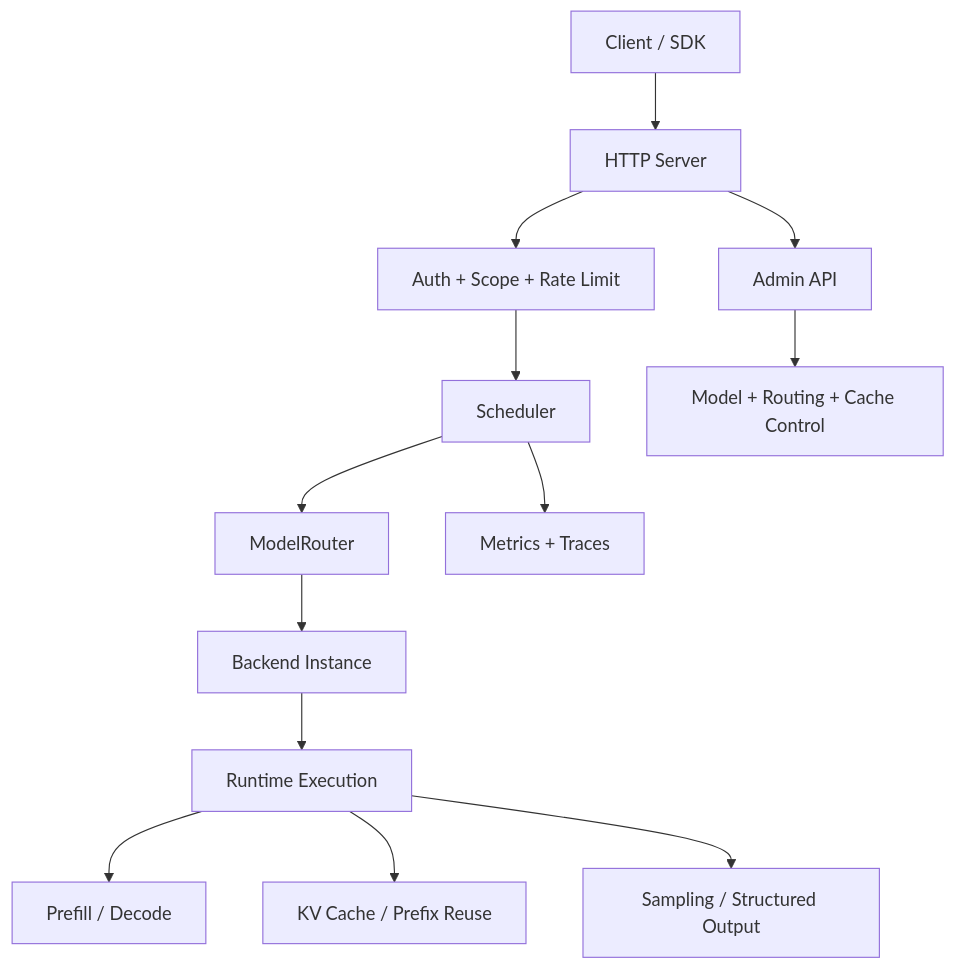
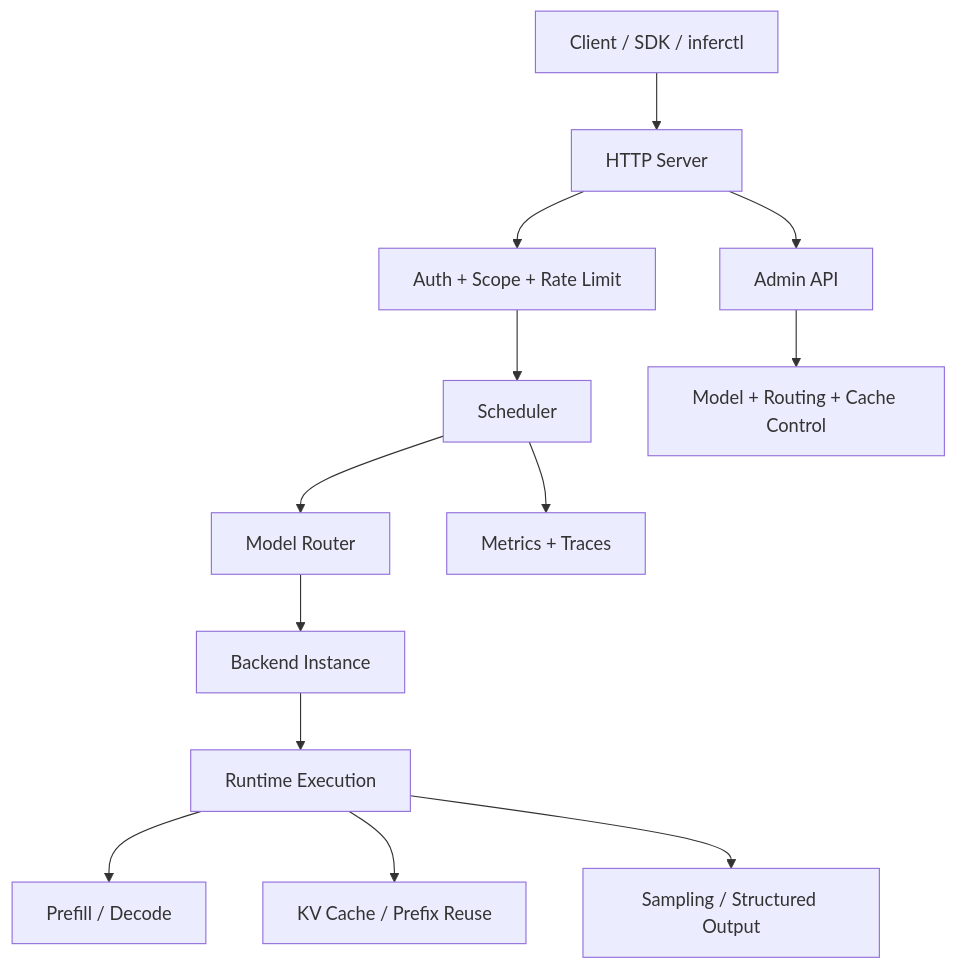
One commit to vjsingh1984/inferflux changed the first of 3 diagrams in docs/Architecture.md. Above: the diagram before and after it, drawn with Mermaid. The commit also changed other lines of this file and 11 other files, not shown here.

````diff
--- a/docs/Architecture.md
+++ b/docs/Architecture.md
@@ -7,16 +8,15 @@
 ```mermaid
 flowchart TD
-    A[Client / SDK] --> B[HTTP Server]
+    A[Client / SDK / inferctl] --> B[HTTP Server]
     B --> C[Auth + Scope + Rate Limit]
     C --> D[Scheduler]
-    D --> E[ModelRouter]
+    D --> E[Model Router]
     E --> F[Backend Instance]
     F --> G[Runtime Execution]
     G --> H[Prefill / Decode]
     G --> I[KV Cache / Prefix Reuse]
     G --> J[Sampling / Structured Output]
-
-    B --> K[Admin API]
-    D --> L[Metrics + Traces]
-    K --> M[Model + Routing + Cache Control]
+    D --> K[Metrics + Traces]
+    B --> L[Admin API]
+    L --> M[Model + Routing + Cache Control]
 ```
````
